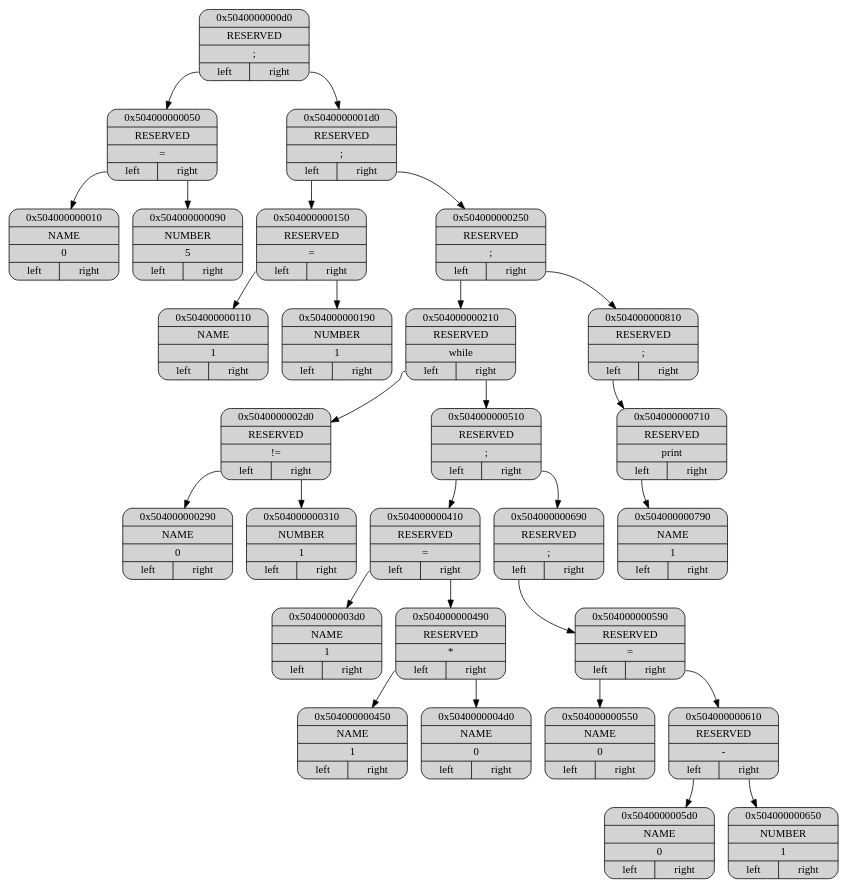
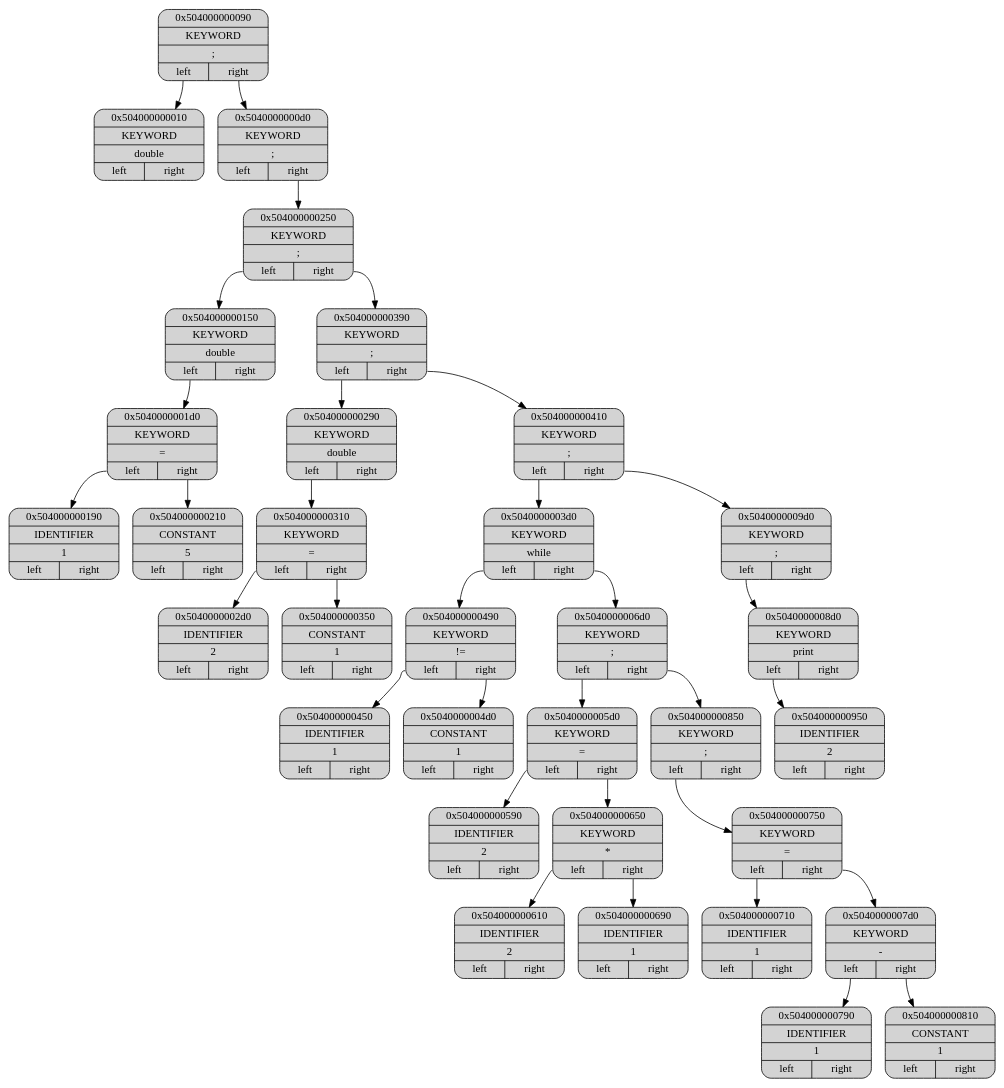
The diagram in dump/dump.dot (ashqqy/Language), drawn with Graphviz before and after one commit. The commit also changed 13 other files, not shown here.

```diff
--- a/dump/dump.dot
+++ b/dump/dump.dot
@@ -1,61 +1,71 @@
 digraph G
 {
 node[shape="record", style="rounded, filled"];
 
-p0x5040000000d0[label = "{ <ptr> 0x5040000000d0 | <type> RESERVED | <data> \; | { <l>left|<r>right } }"];
-p0x504000000050[label = "{ <ptr> 0x504000000050 | <type> RESERVED | <data> \= | { <l>left|<r>right } }"];
-p0x504000000010[label = "{ <ptr> 0x504000000010 | <type> NAME | <data> 0 | { <l>left|<r>right } }"];
-p0x504000000090[label = "{ <ptr> 0x504000000090 | <type> NUMBER | <data> 5 | { <l>left|<r>right } }"];
-p0x5040000001d0[label = "{ <ptr> 0x5040000001d0 | <type> RESERVED | <data> \; | { <l>left|<r>right } }"];
-p0x504000000150[label = "{ <ptr> 0x504000000150 | <type> RESERVED | <data> \= | { <l>left|<r>right } }"];
-p0x504000000110[label = "{ <ptr> 0x504000000110 | <type> NAME | <data> 1 | { <l>left|<r>right } }"];
-p0x504000000190[label = "{ <ptr> 0x504000000190 | <type> NUMBER | <data> 1 | { <l>left|<r>right } }"];
-p0x504000000250[label = "{ <ptr> 0x504000000250 | <type> RESERVED | <data> \; | { <l>left|<r>right } }"];
-p0x504000000210[label = "{ <ptr> 0x504000000210 | <type> RESERVED | <data> \while | { <l>left|<r>right } }"];
-p0x5040000002d0[label = "{ <ptr> 0x5040000002d0 | <type> RESERVED | <data> \!= | { <l>left|<r>right } }"];
-p0x504000000290[label = "{ <ptr> 0x504000000290 | <type> NAME | <data> 0 | { <l>left|<r>right } }"];
-p0x504000000310[label = "{ <ptr> 0x504000000310 | <type> NUMBER | <data> 1 | { <l>left|<r>right } }"];
-p0x504000000510[label = "{ <ptr> 0x504000000510 | <type> RESERVED | <data> \; | { <l>left|<r>right } }"];
-p0x504000000410[label = "{ <ptr> 0x504000000410 | <type> RESERVED | <data> \= | { <l>left|<r>right } }"];
-p0x5040000003d0[label = "{ <ptr> 0x5040000003d0 | <type> NAME | <data> 1 | { <l>left|<r>right } }"];
-p0x504000000490[label = "{ <ptr> 0x504000000490 | <type> RESERVED | <data> \* | { <l>left|<r>right } }"];
-p0x504000000450[label = "{ <ptr> 0x504000000450 | <type> NAME | <data> 1 | { <l>left|<r>right } }"];
-p0x5040000004d0[label = "{ <ptr> 0x5040000004d0 | <type> NAME | <data> 0 | { <l>left|<r>right } }"];
-p0x504000000690[label = "{ <ptr> 0x504000000690 | <type> RESERVED | <data> \; | { <l>left|<r>right } }"];
-p0x504000000590[label = "{ <ptr> 0x504000000590 | <type> RESERVED | <data> \= | { <l>left|<r>right } }"];
-p0x504000000550[label = "{ <ptr> 0x504000000550 | <type> NAME | <data> 0 | { <l>left|<r>right } }"];
-p0x504000000610[label = "{ <ptr> 0x504000000610 | <type> RESERVED | <data> \- | { <l>left|<r>right } }"];
-p0x5040000005d0[label = "{ <ptr> 0x5040000005d0 | <type> NAME | <data> 0 | { <l>left|<r>right } }"];
-p0x504000000650[label = "{ <ptr> 0x504000000650 | <type> NUMBER | <data> 1 | { <l>left|<r>right } }"];
-p0x504000000810[label = "{ <ptr> 0x504000000810 | <type> RESERVED | <data> \; | { <l>left|<r>right } }"];
-p0x504000000710[label = "{ <ptr> 0x504000000710 | <type> RESERVED | <data> \print | { <l>left|<r>right } }"];
-p0x504000000790[label = "{ <ptr> 0x504000000790 | <type> NAME | <data> 1 | { <l>left|<r>right } }"];
+p0x504000000090[label = "{ <ptr> 0x504000000090 | <type> KEYWORD | <data> ; | { <l>left|<r>right } }"];
+p0x504000000010[label = "{ <ptr> 0x504000000010 | <type> KEYWORD | <data> double | { <l>left|<r>right } }"];
+p0x5040000000d0[label = "{ <ptr> 0x5040000000d0 | <type> KEYWORD | <data> ; | { <l>left|<r>right } }"];
+p0x504000000250[label = "{ <ptr> 0x504000000250 | <type> KEYWORD | <data> ; | { <l>left|<r>right } }"];
+p0x504000000150[label = "{ <ptr> 0x504000000150 | <type> KEYWORD | <data> double | { <l>left|<r>right } }"];
+p0x5040000001d0[label = "{ <ptr> 0x5040000001d0 | <type> KEYWORD | <data> = | { <l>left|<r>right } }"];
+p0x504000000190[label = "{ <ptr> 0x504000000190 | <type> IDENTIFIER | <data> 1 | { <l>left|<r>right } }"];
+p0x504000000210[label = "{ <ptr> 0x504000000210 | <type> CONSTANT | <data> 5 | { <l>left|<r>right } }"];
+p0x504000000390[label = "{ <ptr> 0x504000000390 | <type> KEYWORD | <data> ; | { <l>left|<r>right } }"];
+p0x504000000290[label = "{ <ptr> 0x504000000290 | <type> KEYWORD | <data> double | { <l>left|<r>right } }"];
+p0x504000000310[label = "{ <ptr> 0x504000000310 | <type> KEYWORD | <data> = | { <l>left|<r>right } }"];
+p0x5040000002d0[label = "{ <ptr> 0x5040000002d0 | <type> IDENTIFIER | <data> 2 | { <l>left|<r>right } }"];
+p0x504000000350[label = "{ <ptr> 0x504000000350 | <type> CONSTANT | <data> 1 | { <l>left|<r>right } }"];
+p0x504000000410[label = "{ <ptr> 0x504000000410 | <type> KEYWORD | <data> ; | { <l>left|<r>right } }"];
+p0x5040000003d0[label = "{ <ptr> 0x5040000003d0 | <type> KEYWORD | <data> while | { <l>left|<r>right } }"];
+p0x504000000490[label = "{ <ptr> 0x504000000490 | <type> KEYWORD | <data> != | { <l>left|<r>right } }"];
+p0x504000000450[label = "{ <ptr> 0x504000000450 | <type> IDENTIFIER | <data> 1 | { <l>left|<r>right } }"];
+p0x5040000004d0[label = "{ <ptr> 0x5040000004d0 | <type> CONSTANT | <data> 1 | { <l>left|<r>right } }"];
+p0x5040000006d0[label = "{ <ptr> 0x5040000006d0 | <type> KEYWORD | <data> ; | { <l>left|<r>right } }"];
+p0x5040000005d0[label = "{ <ptr> 0x5040000005d0 | <type> KEYWORD | <data> = | { <l>left|<r>right } }"];
+p0x504000000590[label = "{ <ptr> 0x504000000590 | <type> IDENTIFIER | <data> 2 | { <l>left|<r>right } }"];
+p0x504000000650[label = "{ <ptr> 0x504000000650 | <type> KEYWORD | <data> * | { <l>left|<r>right } }"];
+p0x504000000610[label = "{ <ptr> 0x504000000610 | <type> IDENTIFIER | <data> 2 | { <l>left|<r>right } }"];
+p0x504000000690[label = "{ <ptr> 0x504000000690 | <type> IDENTIFIER | <data> 1 | { <l>left|<r>right } }"];
+p0x504000000850[label = "{ <ptr> 0x504000000850 | <type> KEYWORD | <data> ; | { <l>left|<r>right } }"];
+p0x504000000750[label = "{ <ptr> 0x504000000750 | <type> KEYWORD | <data> = | { <l>left|<r>right } }"];
+p0x504000000710[label = "{ <ptr> 0x504000000710 | <type> IDENTIFIER | <data> 1 | { <l>left|<r>right } }"];
+p0x5040000007d0[label = "{ <ptr> 0x5040000007d0 | <type> KEYWORD | <data> - | { <l>left|<r>right } }"];
+p0x504000000790[label = "{ <ptr> 0x504000000790 | <type> IDENTIFIER | <data> 1 | { <l>left|<r>right } }"];
+p0x504000000810[label = "{ <ptr> 0x504000000810 | <type> CONSTANT | <data> 1 | { <l>left|<r>right } }"];
+p0x5040000009d0[label = "{ <ptr> 0x5040000009d0 | <type> KEYWORD | <data> ; | { <l>left|<r>right } }"];
+p0x5040000008d0[label = "{ <ptr> 0x5040000008d0 | <type> KEYWORD | <data> print | { <l>left|<r>right } }"];
+p0x504000000950[label = "{ <ptr> 0x504000000950 | <type> IDENTIFIER | <data> 2 | { <l>left|<r>right } }"];
 
-p0x5040000000d0:<l> -> p0x504000000050
-p0x504000000050:<l> -> p0x504000000010
-p0x504000000050:<r> -> p0x504000000090
-p0x5040000000d0:<r> -> p0x5040000001d0
-p0x5040000001d0:<l> -> p0x504000000150
-p0x504000000150:<l> -> p0x504000000110
-p0x504000000150:<r> -> p0x504000000190
-p0x5040000001d0:<r> -> p0x504000000250
-p0x504000000250:<l> -> p0x504000000210
-p0x504000000210:<l> -> p0x5040000002d0
-p0x5040000002d0:<l> -> p0x504000000290
-p0x5040000002d0:<r> -> p0x504000000310
-p0x504000000210:<r> -> p0x504000000510
-p0x504000000510:<l> -> p0x504000000410
+p0x504000000090:<l> -> p0x504000000010
+p0x504000000090:<r> -> p0x5040000000d0
+p0x5040000000d0:<r> -> p0x504000000250
+p0x504000000250:<l> -> p0x504000000150
+p0x504000000150:<l> -> p0x5040000001d0
+p0x5040000001d0:<l> -> p0x504000000190
+p0x5040000001d0:<r> -> p0x504000000210
+p0x504000000250:<r> -> p0x504000000390
+p0x504000000390:<l> -> p0x504000000290
+p0x504000000290:<l> -> p0x504000000310
+p0x504000000310:<l> -> p0x5040000002d0
+p0x504000000310:<r> -> p0x504000000350
+p0x504000000390:<r> -> p0x504000000410
 p0x504000000410:<l> -> p0x5040000003d0
-p0x504000000410:<r> -> p0x504000000490
+p0x5040000003d0:<l> -> p0x504000000490
 p0x504000000490:<l> -> p0x504000000450
 p0x504000000490:<r> -> p0x5040000004d0
-p0x504000000510:<r> -> p0x504000000690
-p0x504000000690:<l> -> p0x504000000590
-p0x504000000590:<l> -> p0x504000000550
-p0x504000000590:<r> -> p0x504000000610
-p0x504000000610:<l> -> p0x5040000005d0
-p0x504000000610:<r> -> p0x504000000650
-p0x504000000250:<r> -> p0x504000000810
-p0x504000000810:<l> -> p0x504000000710
-p0x504000000710:<l> -> p0x504000000790
+p0x5040000003d0:<r> -> p0x5040000006d0
+p0x5040000006d0:<l> -> p0x5040000005d0
+p0x5040000005d0:<l> -> p0x504000000590
+p0x5040000005d0:<r> -> p0x504000000650
+p0x504000000650:<l> -> p0x504000000610
+p0x504000000650:<r> -> p0x504000000690
+p0x5040000006d0:<r> -> p0x504000000850
+p0x504000000850:<l> -> p0x504000000750
+p0x504000000750:<l> -> p0x504000000710
+p0x504000000750:<r> -> p0x5040000007d0
+p0x5040000007d0:<l> -> p0x504000000790
+p0x5040000007d0:<r> -> p0x504000000810
+p0x504000000410:<r> -> p0x5040000009d0
+p0x5040000009d0:<l> -> p0x5040000008d0
+p0x5040000008d0:<l> -> p0x504000000950
 }
```
